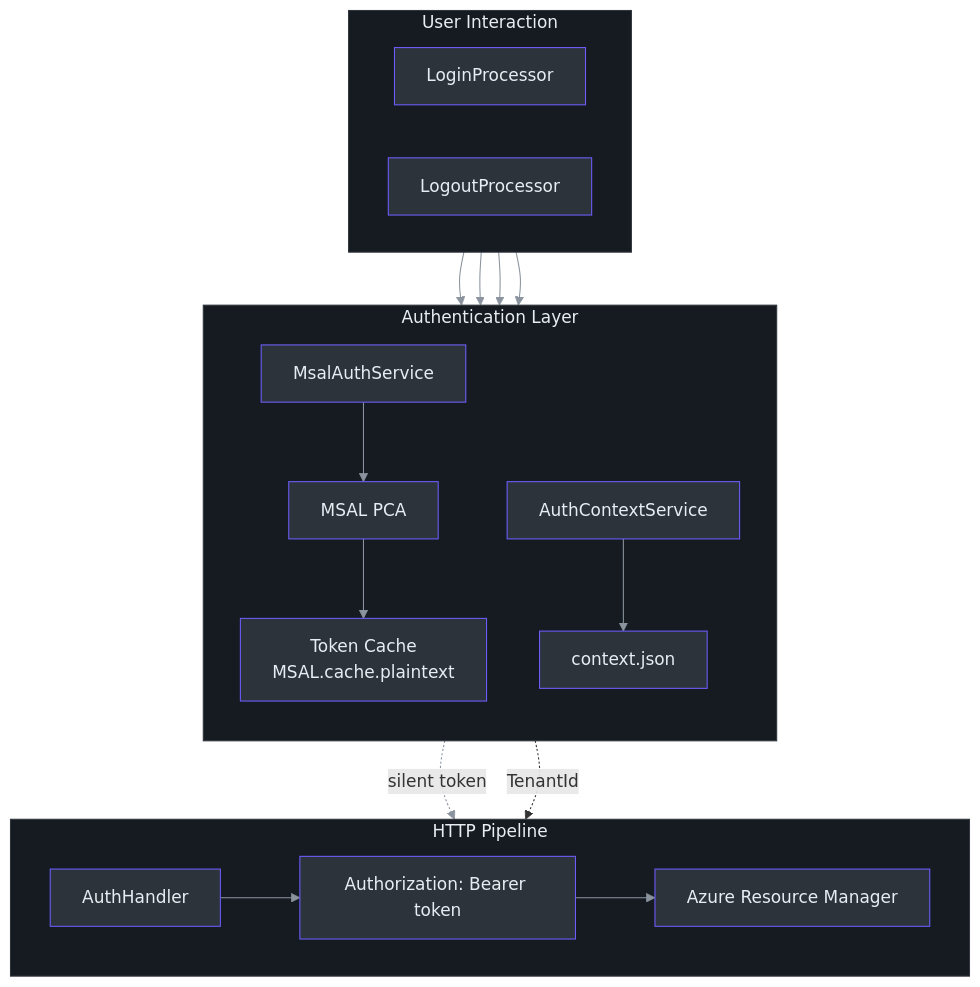
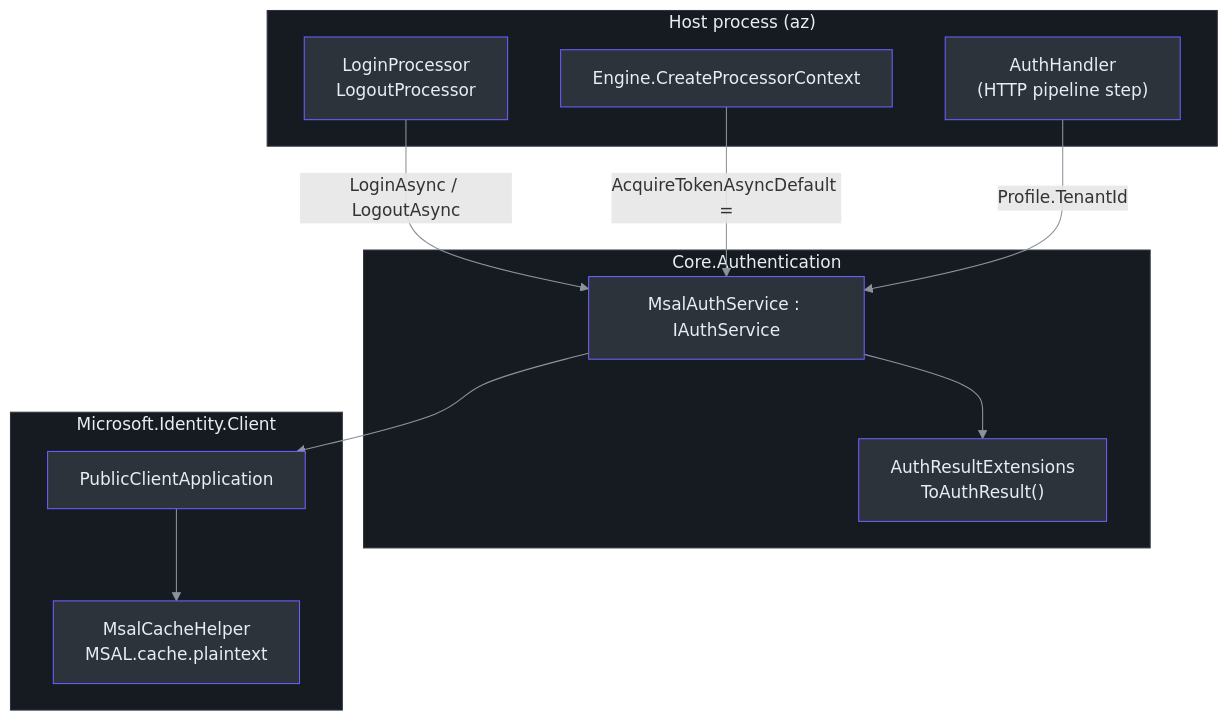
The first of 3 diagrams in wiki/02-deep-dive/authentication.md (Azure/azclips), drawn with Mermaid before and after one commit. The commit also changed other lines of this file and 19 other files, not shown here.

````diff
--- a/wiki/02-deep-dive/authentication.md
+++ b/wiki/02-deep-dive/authentication.md
@@ -12,55 +34,35 @@
 ```mermaid
-flowchart TB
-    subgraph User["User Interaction"]
-        direction LR
-        Login["LoginProcessor"]
-        Logout["LogoutProcessor"]
+graph TD
+    subgraph host["Host process (az)"]
+        LP["LoginProcessor<br>LogoutProcessor"]
+        ENG["Engine.CreateProcessorContext"]
+        AH["AuthHandler<br>(HTTP pipeline step)"]
+    end
+    subgraph auth["Core.Authentication"]
+        SVC["MsalAuthService : IAuthService"]
+        EXT["AuthResultExtensions<br>ToAuthResult()"]
+    end
+    subgraph msal["Microsoft.Identity.Client"]
+        PCA["PublicClientApplication"]
+        CACHE["MsalCacheHelper<br>MSAL.cache.plaintext"]
     end
 
-    subgraph Auth["Authentication Layer"]
-        direction TB
-        MAS["MsalAuthService"]
-        ACS["AuthContextService"]
-        MSAL["MSAL PCA"]
-        Cache["Token Cache<br>MSAL.cache.plaintext"]
-        Context["context.json"]
+    LP -->|"LoginAsync / LogoutAsync"| SVC
+    ENG -->|"AcquireTokenAsyncDefault ="| SVC
+    AH -->|"Profile.TenantId"| SVC
+    SVC --> PCA
+    SVC --> EXT
+    PCA --> CACHE
 
-        MAS --> MSAL
-        MSAL --> Cache
-        ACS --> Context
-    end
-
-    subgraph HTTP["HTTP Pipeline"]
-        direction LR
-        CAH["AuthHandler"]
-        Bearer["Authorization: Bearer token"]
-        ARM["Azure Resource Manager"]
-
-        CAH --> Bearer
-        Bearer --> ARM
-    end
-
-    Login --> MAS
-    Login --> ACS
-    Logout --> MAS
-    Logout --> ACS
-
-    MAS -.->|silent token| CAH
-    ACS -.->|TenantId| CAH
-
-    style User fill:#161b22,stroke:#30363d,color:#e6edf3
-    style Auth fill:#161b22,stroke:#30363d,color:#e6edf3
-    style HTTP fill:#161b22,stroke:#30363d,color:#e6edf3
-    style Login fill:#2d333b,stroke:#6d5dfc,color:#e6edf3
-    style Logout fill:#2d333b,stroke:#6d5dfc,color:#e6edf3
-    style MAS fill:#2d333b,stroke:#6d5dfc,color:#e6edf3
-    style ACS fill:#2d333b,stroke:#6d5dfc,color:#e6edf3
-    style MSAL fill:#2d333b,stroke:#6d5dfc,color:#e6edf3
-    style Cache fill:#2d333b,stroke:#6d5dfc,color:#e6edf3
-    style Context fill:#2d333b,stroke:#6d5dfc,color:#e6edf3
-    style CAH fill:#2d333b,stroke:#6d5dfc,color:#e6edf3
-    style Bearer fill:#2d333b,stroke:#6d5dfc,color:#e6edf3
-    style ARM fill:#2d333b,stroke:#6d5dfc,color:#e6edf3
-
-    linkStyle 0,1,2,3,4,5,6,7,8,9 stroke:#8b949e
+    style host fill:#161b22,stroke:#30363d,color:#e6edf3
+    style auth fill:#161b22,stroke:#30363d,color:#e6edf3
+    style msal fill:#161b22,stroke:#30363d,color:#e6edf3
+    style LP fill:#2d333b,stroke:#6d5dfc,color:#e6edf3
+    style ENG fill:#2d333b,stroke:#6d5dfc,color:#e6edf3
+    style AH fill:#2d333b,stroke:#6d5dfc,color:#e6edf3
+    style SVC fill:#2d333b,stroke:#6d5dfc,color:#e6edf3
+    style EXT fill:#2d333b,stroke:#6d5dfc,color:#e6edf3
+    style PCA fill:#2d333b,stroke:#6d5dfc,color:#e6edf3
+    style CACHE fill:#2d333b,stroke:#6d5dfc,color:#e6edf3
+    linkStyle default stroke:#8b949e
 ```
````
